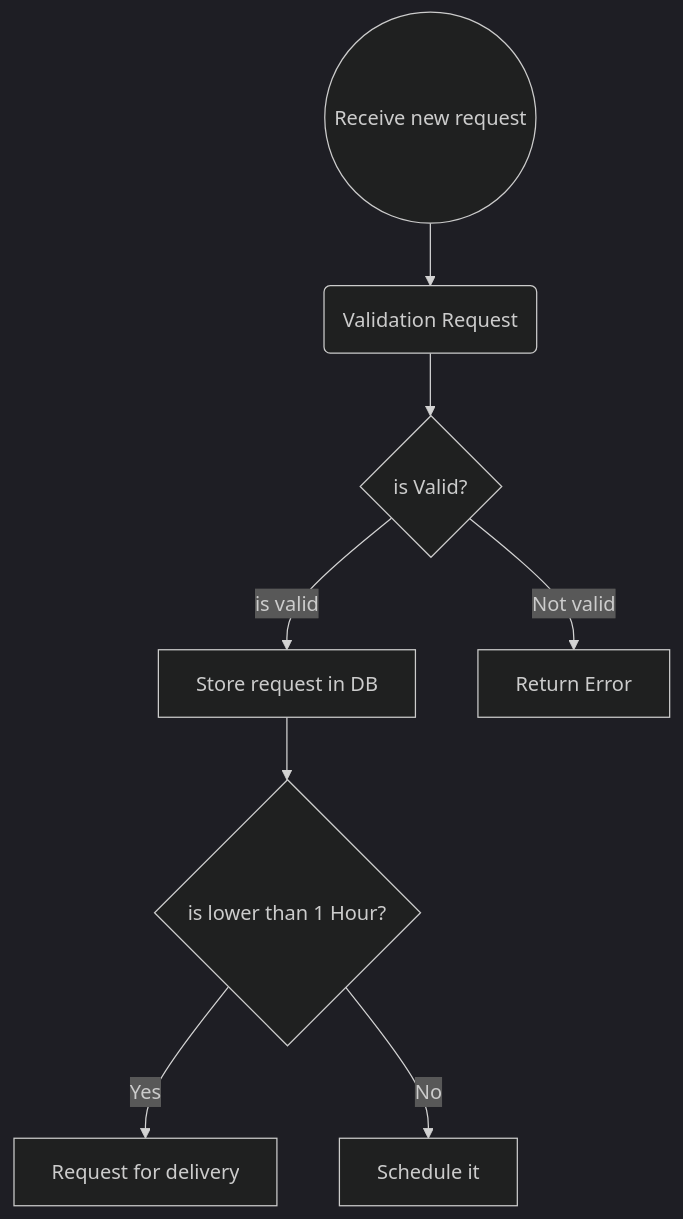
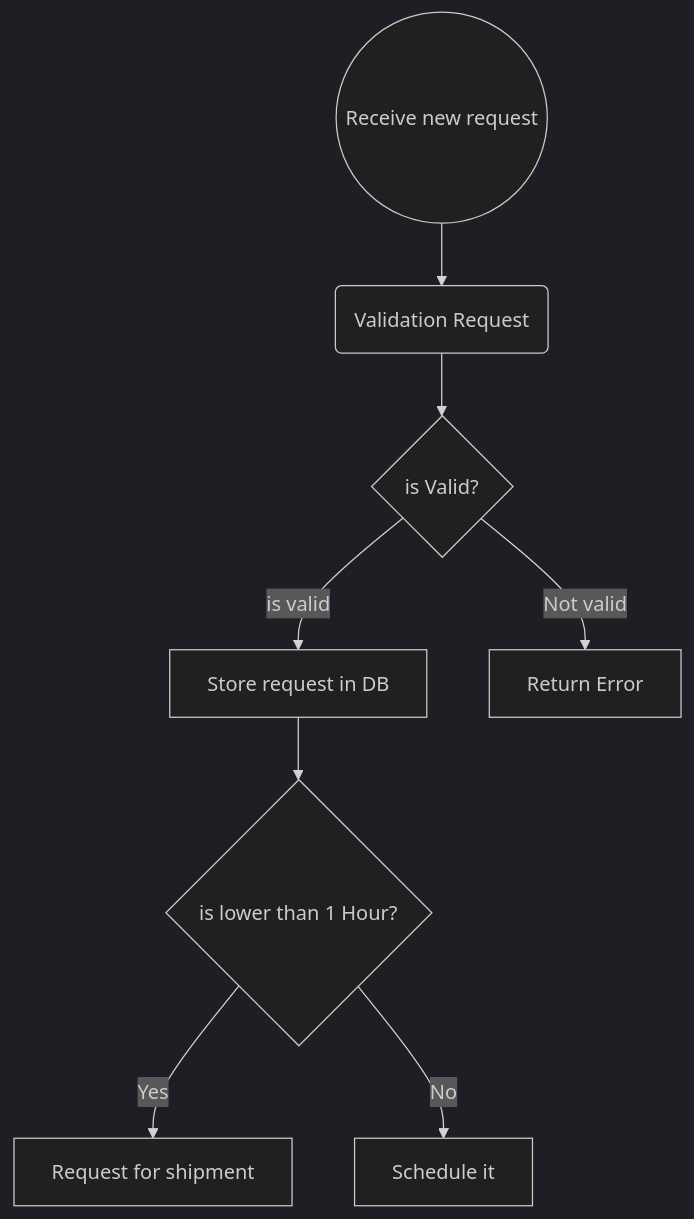
One commit to majidhosseini/snappshop-delivery changed the first of 4 diagrams in README.md. Above: the diagram before and after it, drawn with Mermaid (dark theme). The commit also changed other lines of this file, not shown here.

Commit message:
change flow and request table

````diff
--- a/README.md
+++ b/README.md
@@ -4,10 +8,10 @@
 ```mermaid
 flowchart TD
     A((Receive new request)) --> B(Validation Request)
     B --> C{is Valid?}
     C --> |is valid| D[Store request in DB]
     C --> |Not valid| E[Return Error]
     D --> F{is lower than 1 Hour?}
-    F -->|Yes| G[Request for delivery]
+    F -->|Yes| G[Request for shipment]
     F -->|No| H[Schedule it]
 ```
````
